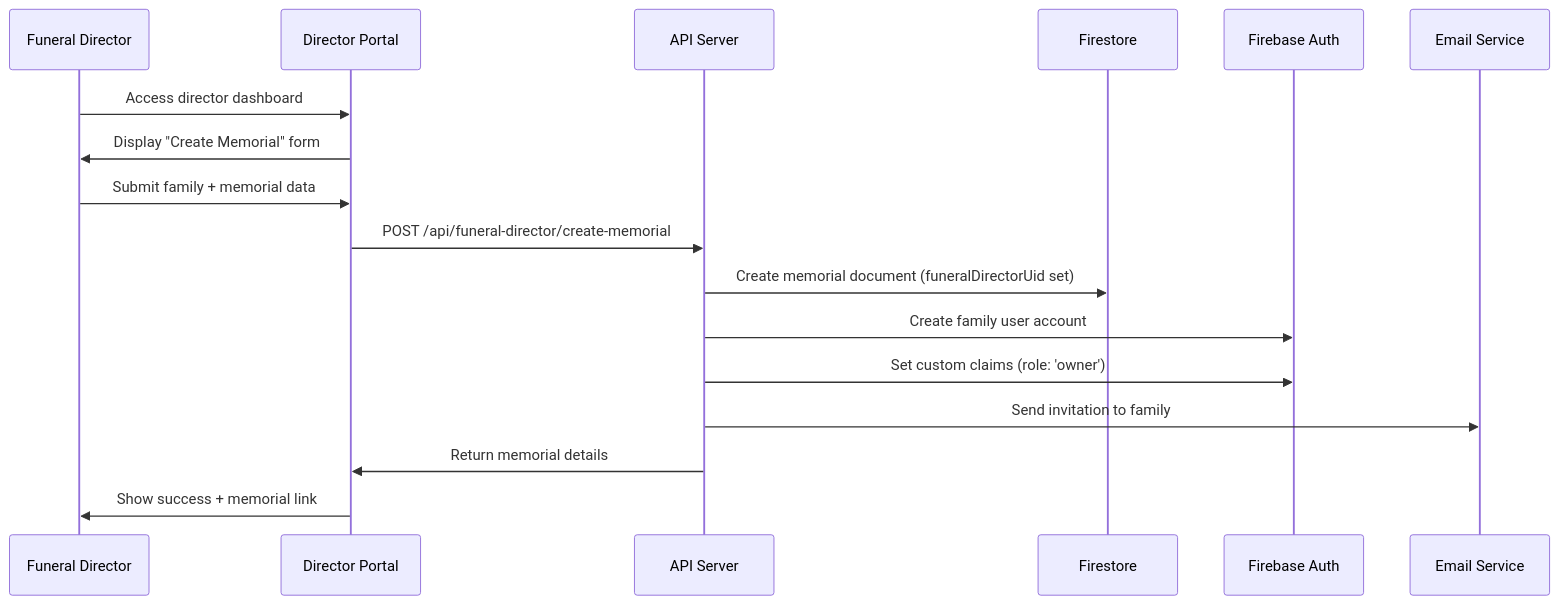
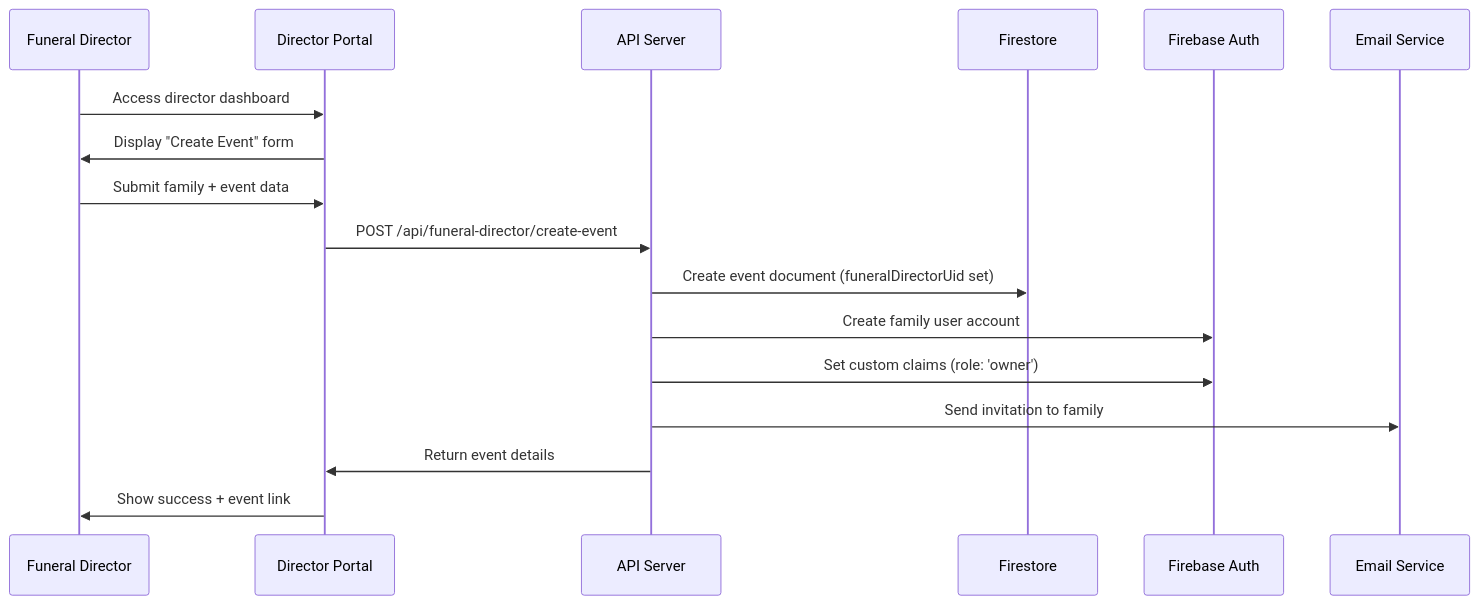
One commit to TimeMachine1994/081925-SvelteTweb changed the second of 9 diagrams in Old Docs01/old docsdocs/07-integration-flows.md. Above: the diagram before and after it, drawn with Mermaid. The commit also changed other lines of this file and 418 other files, not shown here.

First line of the commit message:
docs: update terminology from "memorial" to "event" across admin documentation

````diff
--- a/Old Docs01/old docsdocs/07-integration-flows.md
+++ b/Old Docs01/old docsdocs/07-integration-flows.md
@@ -36,20 +36,20 @@
 ```mermaid
 sequenceDiagram
     participant FD as Funeral Director
     participant UI as Director Portal
     participant API as API Server
     participant FS as Firestore
     participant FB as Firebase Auth
     participant Email as Email Service
 
     FD->>UI: Access director dashboard
-    UI->>FD: Display "Create Memorial" form
-    FD->>UI: Submit family + memorial data
-    UI->>API: POST /api/funeral-director/create-memorial
-    API->>FS: Create memorial document (funeralDirectorUid set)
+    UI->>FD: Display "Create Event" form
+    FD->>UI: Submit family + event data
+    UI->>API: POST /api/funeral-director/create-event
+    API->>FS: Create event document (funeralDirectorUid set)
     API->>FB: Create family user account
     API->>FB: Set custom claims (role: 'owner')
     API->>Email: Send invitation to family
-    API->>UI: Return memorial details
-    UI->>FD: Show success + memorial link
+    API->>UI: Return event details
+    UI->>FD: Show success + event link
 ```
````
